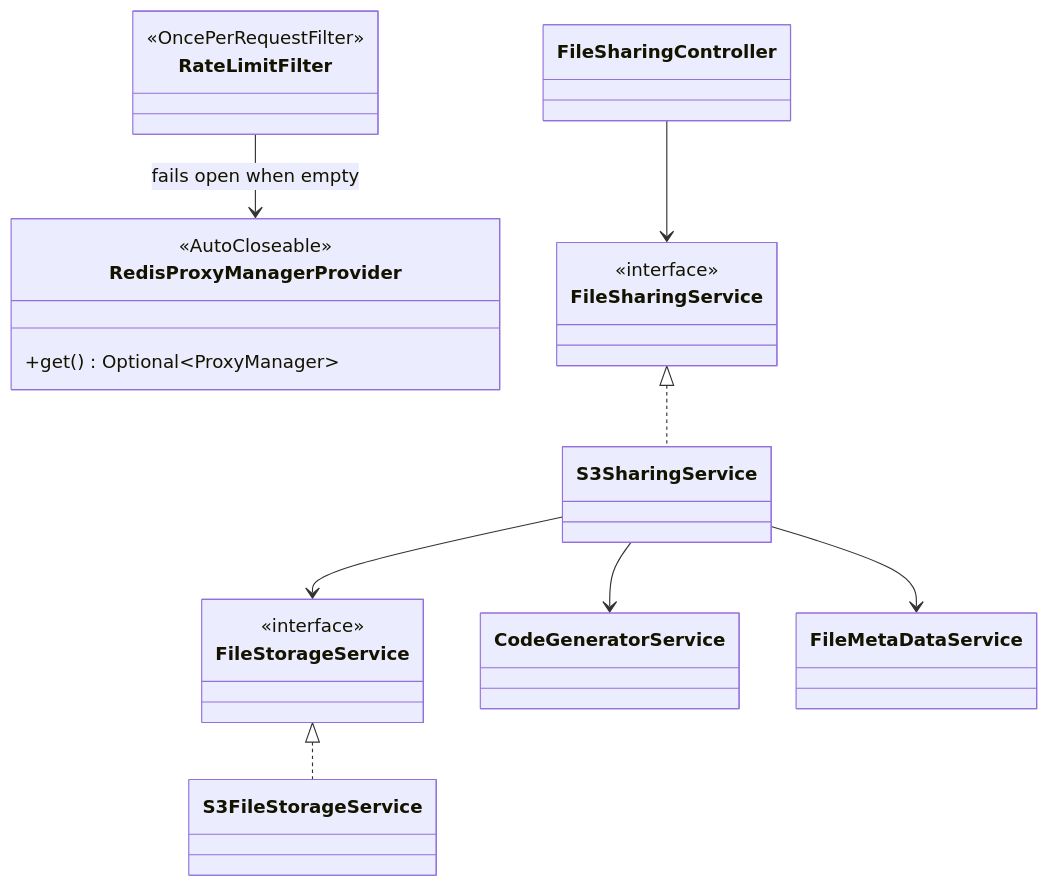
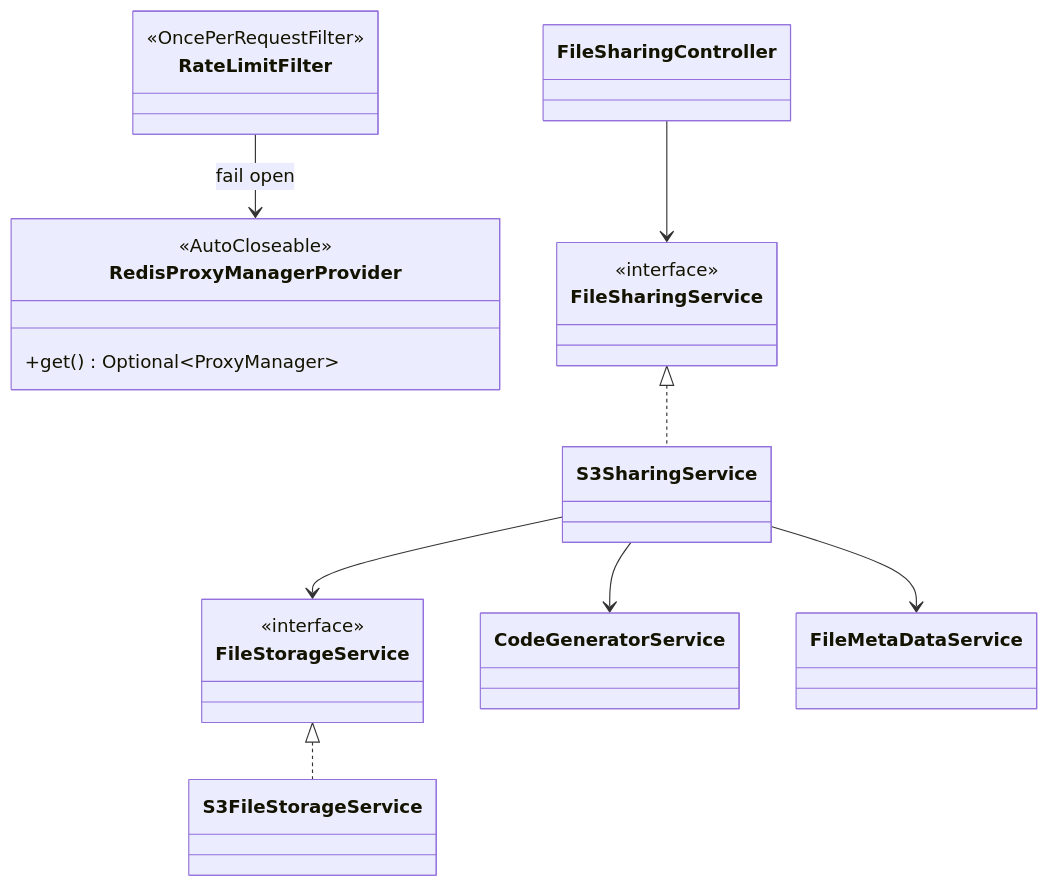
One commit to Dhiren9939/Mint changed the first of 3 diagrams in docs/CLASSES.md. Above: the diagram before and after it, drawn with Mermaid. The commit also changed other lines of this file, not shown here.

Commit message:
docs: try to render mermaid diagrams

````diff
--- a/docs/CLASSES.md
+++ b/docs/CLASSES.md
@@ -7,31 +7,31 @@
 ```mermaid
 classDiagram
     direction TB
 
     class RateLimitFilter {
         <<OncePerRequestFilter>>
     }
     class RedisProxyManagerProvider {
         <<AutoCloseable>>
         +get() Optional~ProxyManager~
     }
     class FileSharingController
     class FileSharingService {
         <<interface>>
     }
     class S3SharingService
     class FileStorageService {
         <<interface>>
     }
     class S3FileStorageService
     class CodeGeneratorService
     class FileMetaDataService
 
-    RateLimitFilter --> RedisProxyManagerProvider : fails open when empty
+    RateLimitFilter --> RedisProxyManagerProvider : fail open
     FileSharingController --> FileSharingService
     FileSharingService <|.. S3SharingService
     S3SharingService --> FileStorageService
     S3SharingService --> CodeGeneratorService
     S3SharingService --> FileMetaDataService
     FileStorageService <|.. S3FileStorageService
 ```
````
